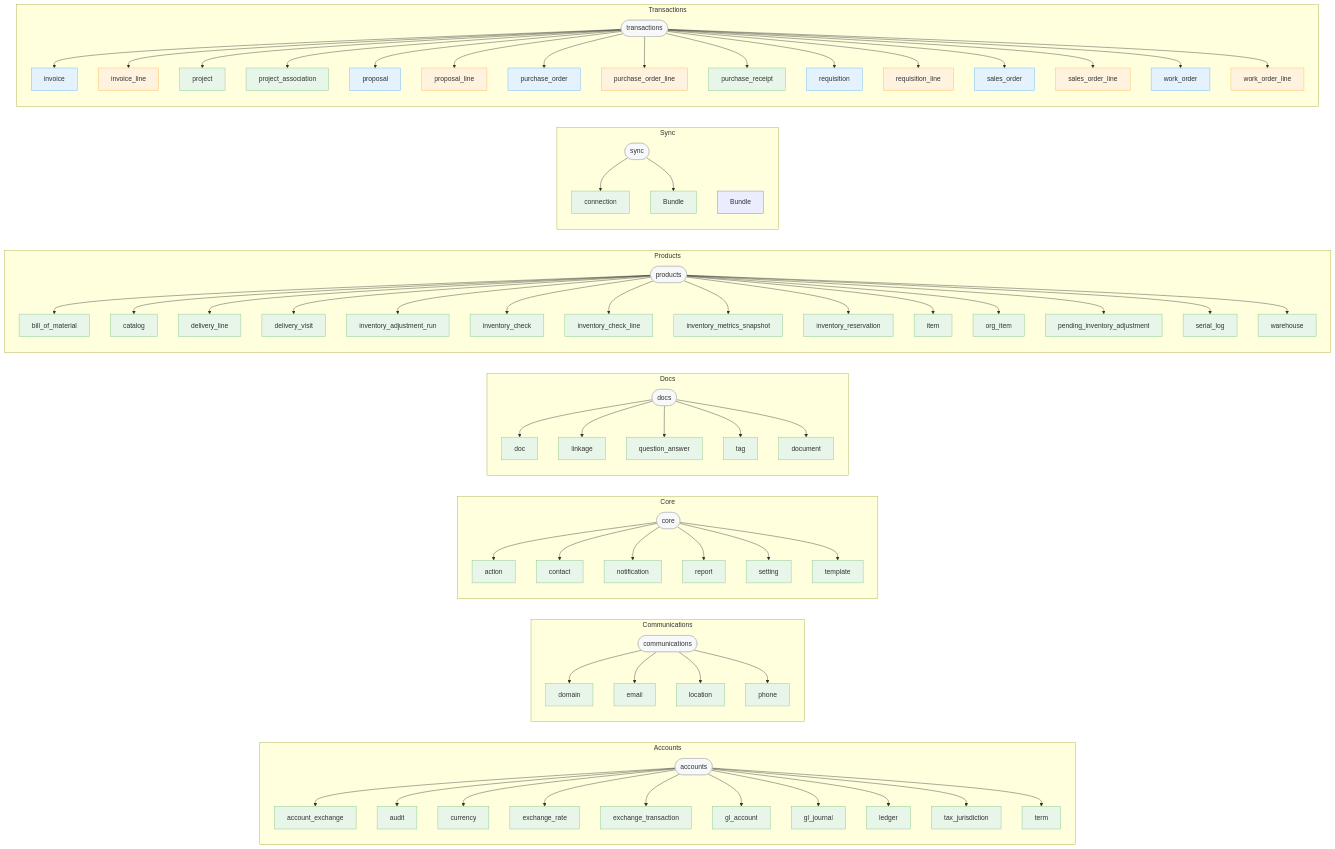
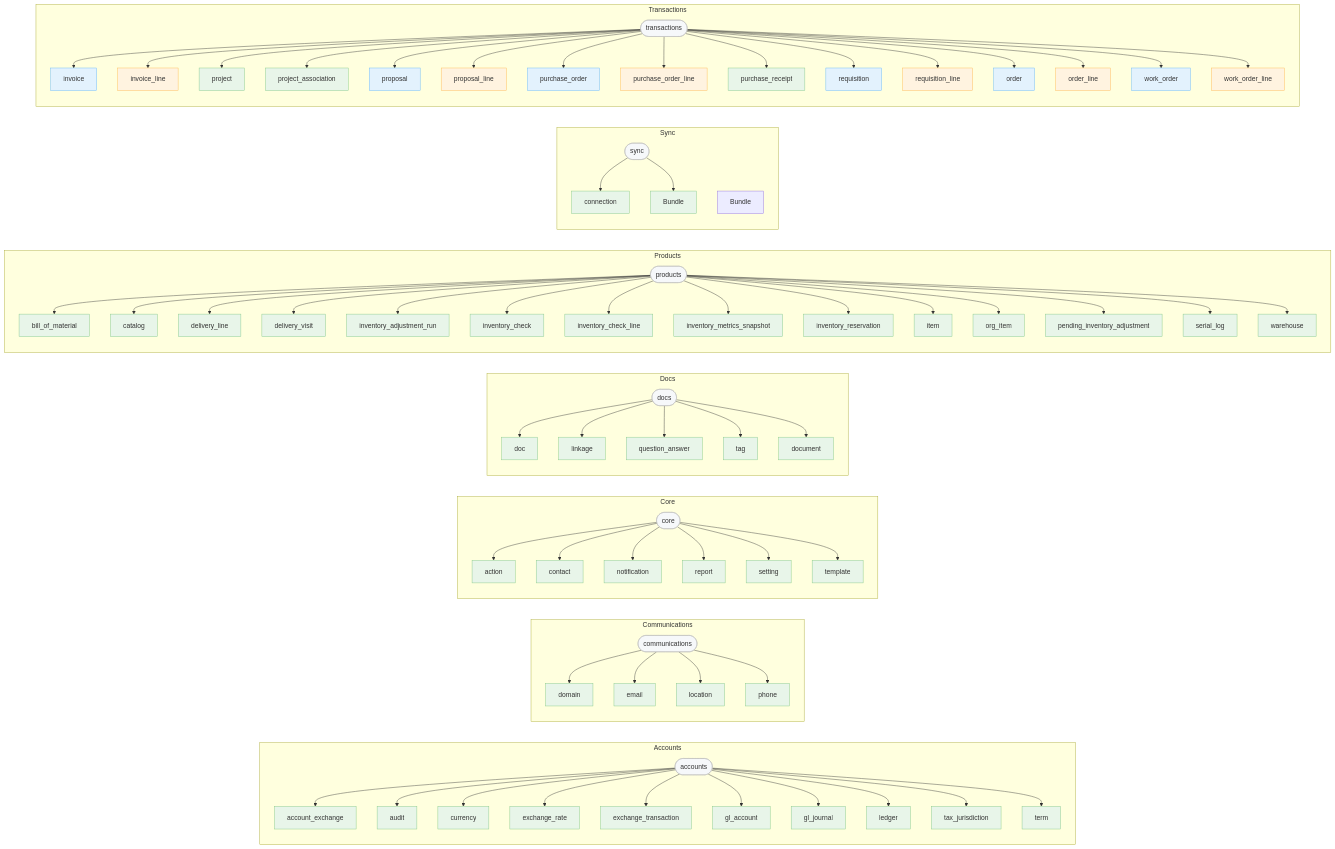
Before and after one commit to JPods/WebClerk: the diagram in readmes/05-model-registry.md, drawn with Mermaid. The commit also changed other lines of this file and 85 other files, not shown here.

Commit message:
Cleaned up sales_order

```diff
--- a/readmes/05-model-registry.md
+++ b/readmes/05-model-registry.md
@@ -355,12 +355,12 @@
     requisition_line["requisition_line"]
     app_transactions --> requisition_line
     class requisition_line line
-    sales_order["sales_order"]
-    app_transactions --> sales_order
-    class sales_order header
-    sales_order_line["sales_order_line"]
-    app_transactions --> sales_order_line
-    class sales_order_line line
+    order["order"]
+    app_transactions --> order
+    class order header
+    order_line["order_line"]
+    app_transactions --> order_line
+    class order_line line
     work_order["work_order"]
     app_transactions --> work_order
     class work_order header
```
